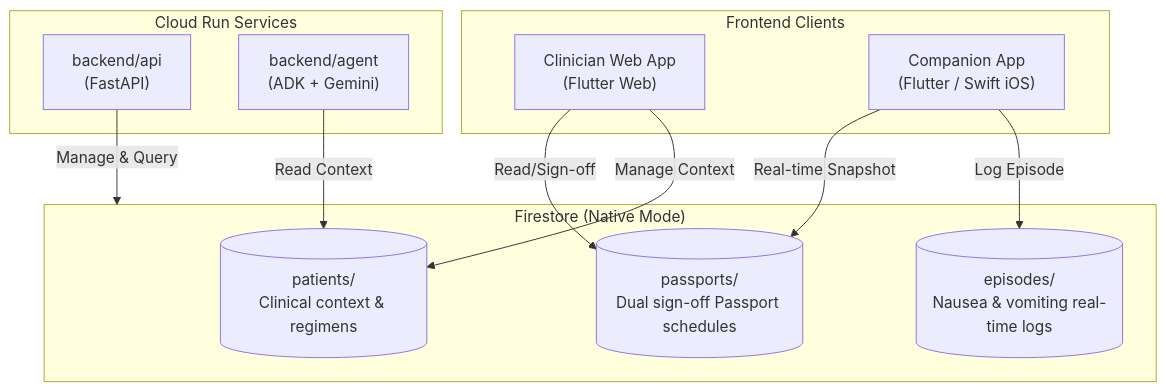
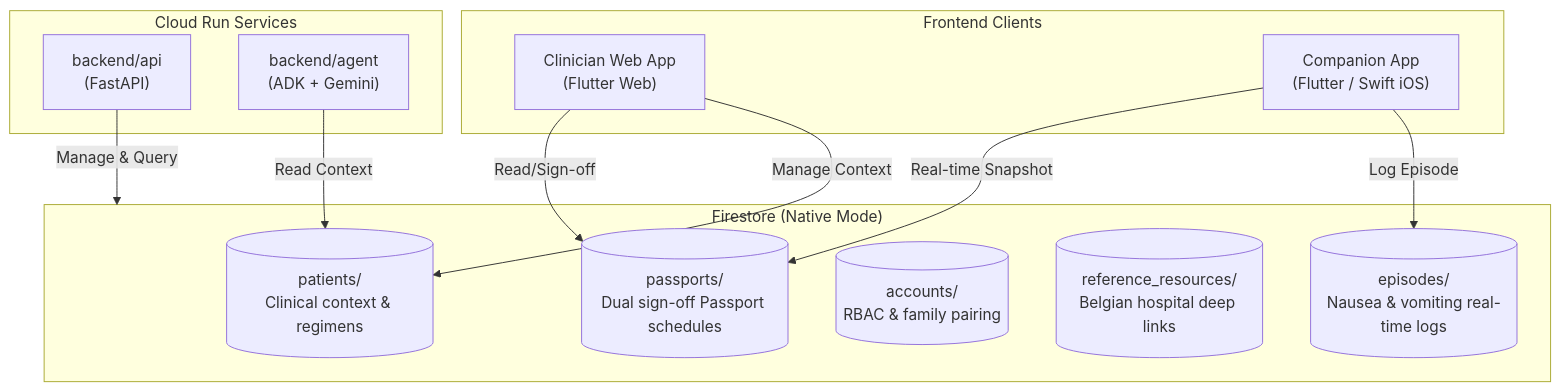
The diagram in docs/firestore-integration.md (camgk/rabo4good-AImesis), drawn with Mermaid before and after one commit. The commit also changed other lines of this file and 3 other files, not shown here.

````diff
--- a/docs/firestore-integration.md
+++ b/docs/firestore-integration.md
@@ -11,25 +14,27 @@
 ```mermaid
 flowchart TD
     subgraph Clients["Frontend Clients"]
         W["Clinician Web App<br/>(Flutter Web)"]
         I["Companion App<br/>(Flutter / Swift iOS)"]
     end
 
     subgraph Backend["Cloud Run Services"]
         API["backend/api<br/>(FastAPI)"]
         Agent["backend/agent<br/>(ADK + Gemini)"]
     end
 
     subgraph Firestore["Firestore (Native Mode)"]
         P[("patients/<br/>Clinical context & regimens")]
         PSP[("passports/<br/>Dual sign-off Passport schedules")]
+        ACC[("accounts/<br/>RBAC & family pairing")]
+        RES[("reference_resources/<br/>Belgian hospital deep links")]
         E[("episodes/<br/>Nausea & vomiting real-time logs")]
     end
 
     W -->|Read/Sign-off| PSP
     W -->|Manage Context| P
     I -->|Real-time Snapshot| PSP
     I -->|Log Episode| E
     API -->|Manage & Query| Firestore
     Agent -->|Read Context| P
 ```
````
